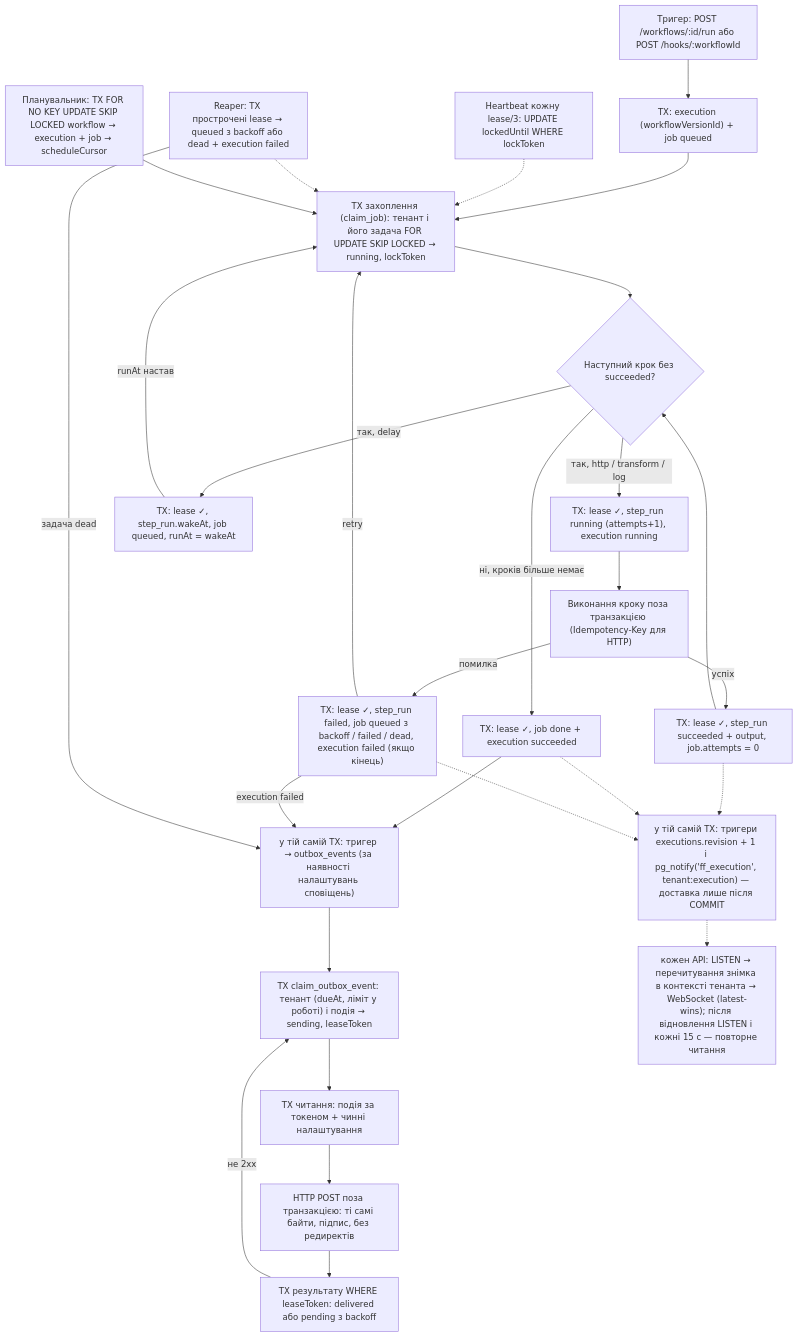
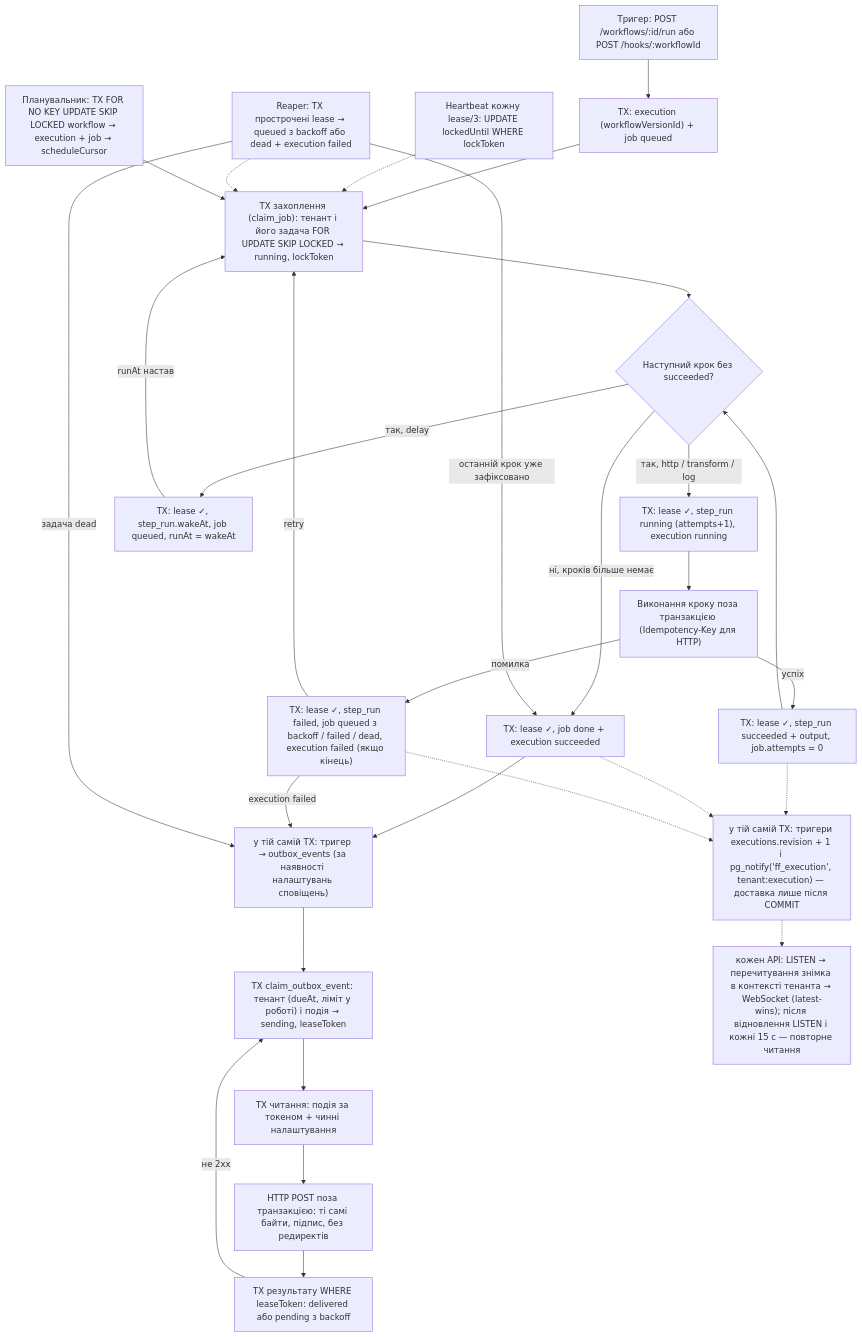
One commit to JuFios/flowforge-starter changed the diagram in README.md. Above: the diagram before and after it, drawn with Mermaid. The commit also changed other lines of this file and 2 other files, not shown here.

First line of the commit message:
docs: align guarantees, reaper diagram and measurement labels

````diff
--- a/README.md
+++ b/README.md
@@ -506,30 +506,31 @@
 ```mermaid
 flowchart TD
   T["Тригер: POST /workflows/:id/run або POST /hooks/:workflowId"] --> E["TX: execution (workflowVersionId) + job queued"]
   E --> C["TX захоплення (claim_job): тенант і його задача FOR UPDATE SKIP LOCKED → running, lockToken"]
   C --> L{"Наступний крок без succeeded?"}
   L -- "так, http / transform / log" --> S["TX: lease ✓, step_run running (attempts+1), execution running"]
   S --> X["Виконання кроку поза транзакцією (Idempotency-Key для HTTP)"]
   X -- успіх --> K["TX: lease ✓, step_run succeeded + output, job.attempts = 0"]
   K --> L
   X -- помилка --> F["TX: lease ✓, step_run failed, job queued з backoff / failed / dead, execution failed (якщо кінець)"]
   F -- retry --> C
   L -- "так, delay" --> P["TX: lease ✓, step_run.wakeAt, job queued, runAt = wakeAt"]
   P -- "runAt настав" --> C
   L -- "ні, кроків більше немає" --> D["TX: lease ✓, job done + execution succeeded"]
   H["Heartbeat кожну lease/3: UPDATE lockedUntil WHERE lockToken"] -.-> C
   R["Reaper: TX прострочені lease → queued з backoff або dead + execution failed"] -.-> C
+  R -- "останній крок уже зафіксовано" --> D
   SC["Планувальник: TX FOR NO KEY UPDATE SKIP LOCKED workflow → execution + job → scheduleCursor"] --> C
   D --> O["у тій самій TX: тригер → outbox_events (за наявності налаштувань сповіщень)"]
   F -- "execution failed" --> O
   R -- "задача dead" --> O
   O --> OC["TX claim_outbox_event: тенант (dueAt, ліміт у роботі) і подія → sending, leaseToken"]
   OC --> OR["TX читання: подія за токеном + чинні налаштування"]
   OR --> OH["HTTP POST поза транзакцією: ті самі байти, підпис, без редиректів"]
   OH --> OW["TX результату WHERE leaseToken: delivered або pending з backoff"]
   OW -- "не 2xx" --> OC
   K -.-> RV["у тій самій TX: тригери executions.revision + 1 і pg_notify('ff_execution', tenant:execution) — доставка лише після COMMIT"]
   D -.-> RV
   F -.-> RV
   RV -.-> WS["кожен API: LISTEN → перечитування знімка в контексті тенанта → WebSocket (latest-wins); після відновлення LISTEN і кожні 15 с — повторне читання"]
 ```
````
